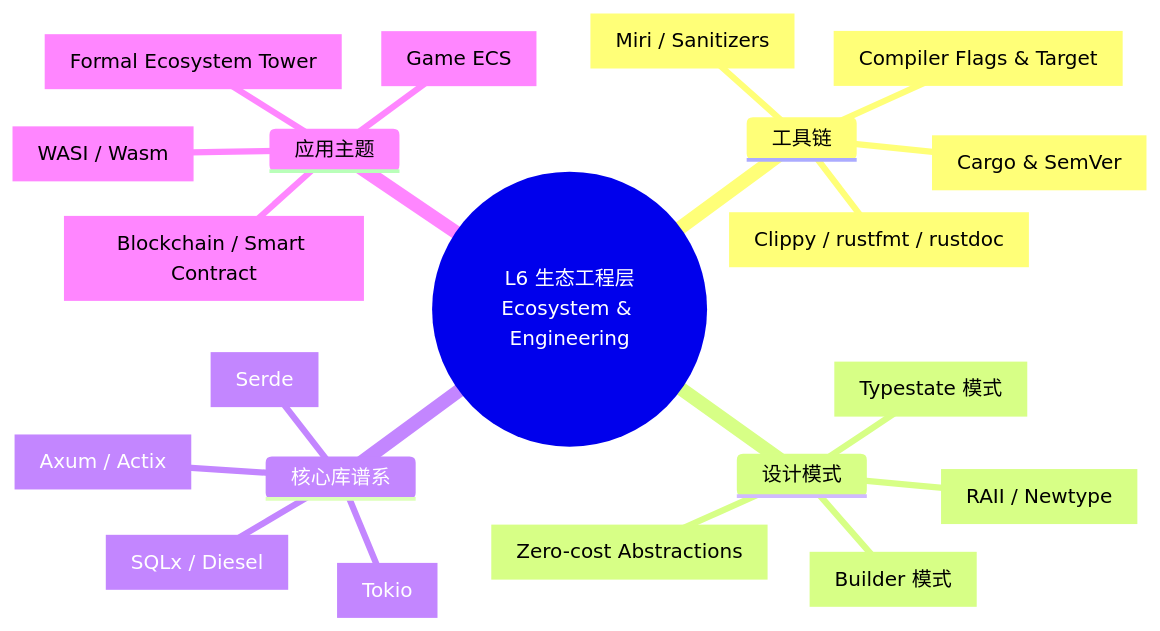
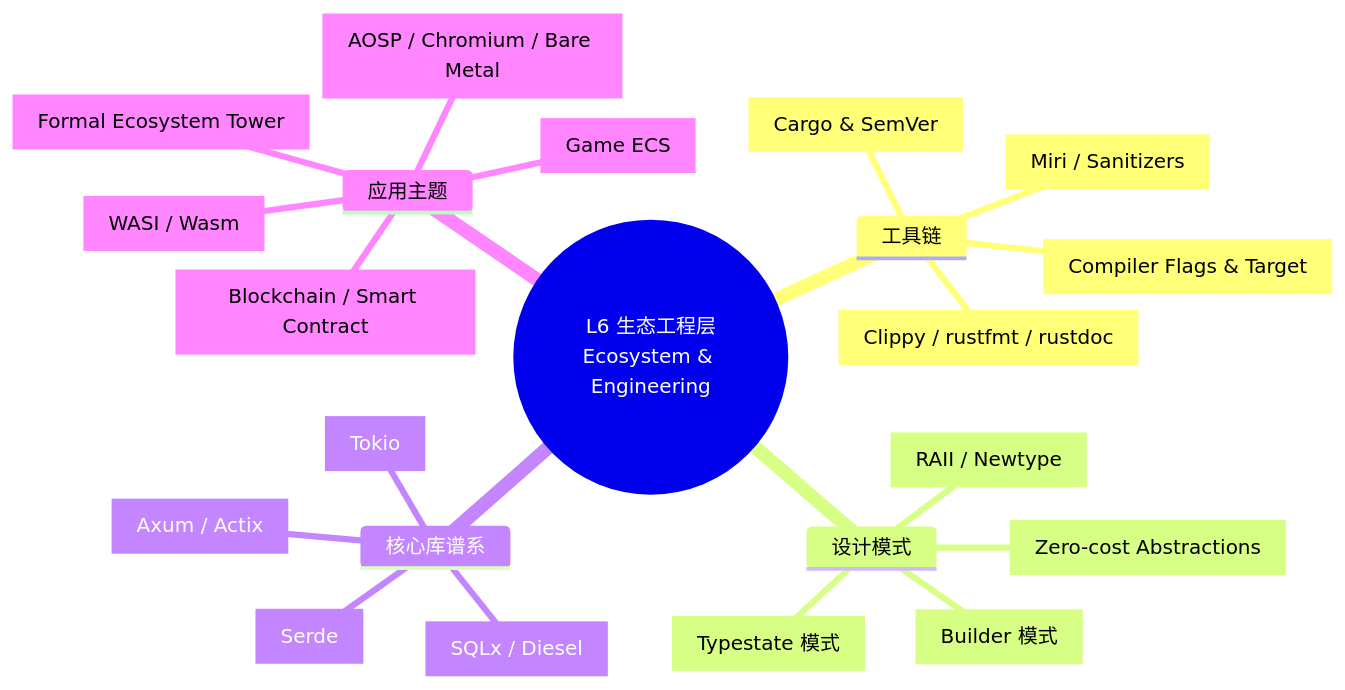
Before and after one commit to martin-ly/rust-lang: the first of 2 diagrams in concept/06_ecosystem/README.md, drawn with Mermaid. The commit also changed other lines of this file and 231 other files, not shown here.

````diff
--- a/concept/06_ecosystem/README.md
+++ b/concept/06_ecosystem/README.md
@@ -33,24 +33,25 @@
 ```mermaid
 mindmap
   root((L6 生态工程层<br/>Ecosystem & Engineering))
     工具链
       Cargo[Cargo & SemVer]
       编译器[Compiler Flags & Target]
       质量工具[Clippy / rustfmt / rustdoc]
       验证[Miri / Sanitizers]
     设计模式
       Typestate[Typestate 模式]
       Builder[Builder 模式]
       RAII[RAII / Newtype]
       零成本[Zero-cost Abstractions]
     核心库谱系
       异步运行时[Tokio]
       Web框架[Axum / Actix]
       序列化[Serde]
       数据库[SQLx / Diesel]
     应用主题
       区块链[Blockchain / Smart Contract]
       游戏ECS[Game ECS]
       WASI[WASI / Wasm]
+      平台集成[AOSP / Chromium / Bare Metal]
       形式化塔[Formal Ecosystem Tower]
 ```
````
